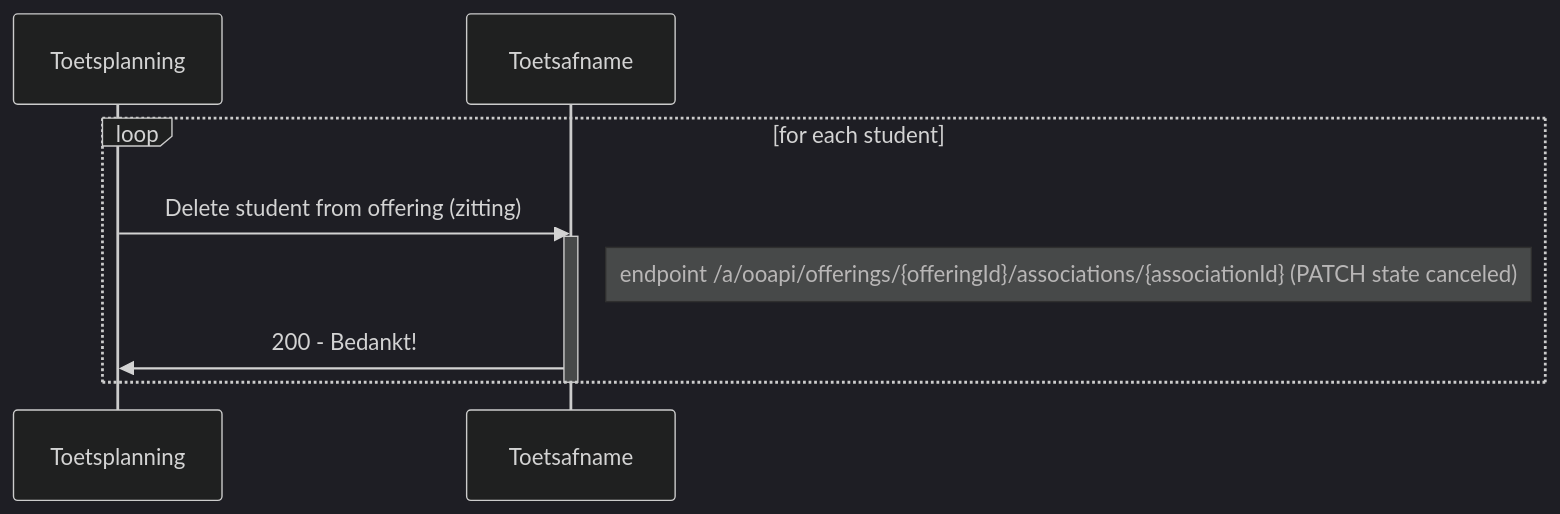
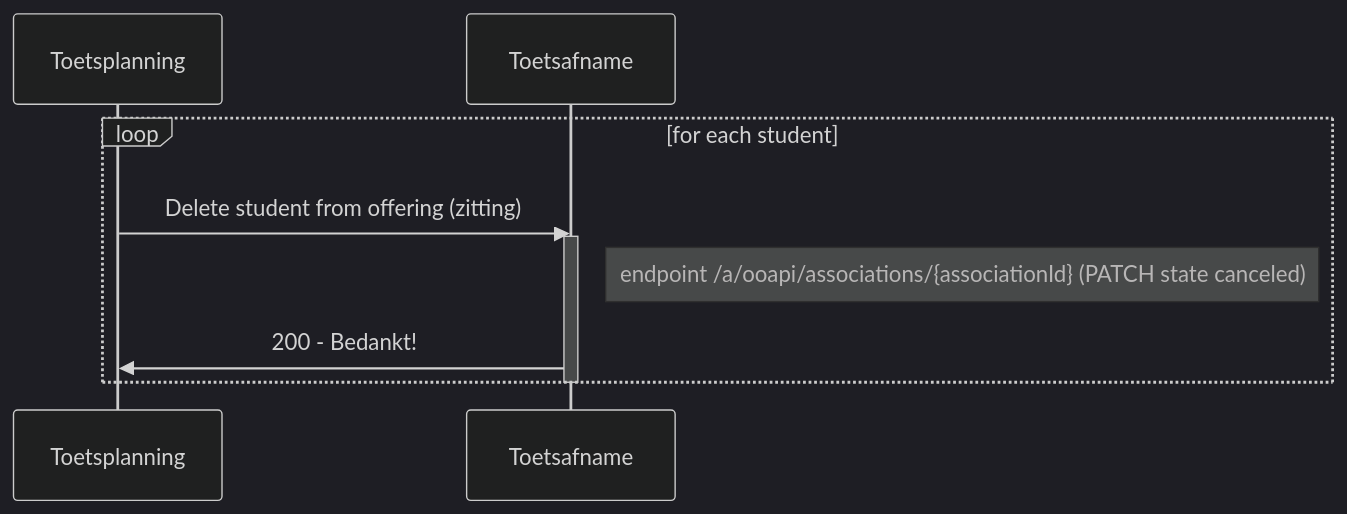
One commit to NetwerkExamineringDigitalisering/NED-OOAPI changed the sixth of 10 diagrams in doc/flow2.md. Above: the diagram before and after it, drawn with Mermaid (dark theme). The commit also changed other lines of this file, not shown here.

First line of the commit message:
Update flow2.md

````diff
--- a/doc/flow2.md
+++ b/doc/flow2.md
@@ -314,10 +314,10 @@
 ```mermaid
 sequenceDiagram
     loop for each student
         Toetsplanning->>Toetsafname: Delete student from offering (zitting)
         activate Toetsafname
-        Note right of Toetsafname: endpoint /a/ooapi/offerings/{offeringId}/associations/{associationId} (PATCH state canceled)
+        Note right of Toetsafname: endpoint /a/ooapi/associations/{associationId} (PATCH state canceled)
         Toetsafname->>Toetsplanning: 200 - Bedankt!
     end
     deactivate Toetsafname
 ```
````
